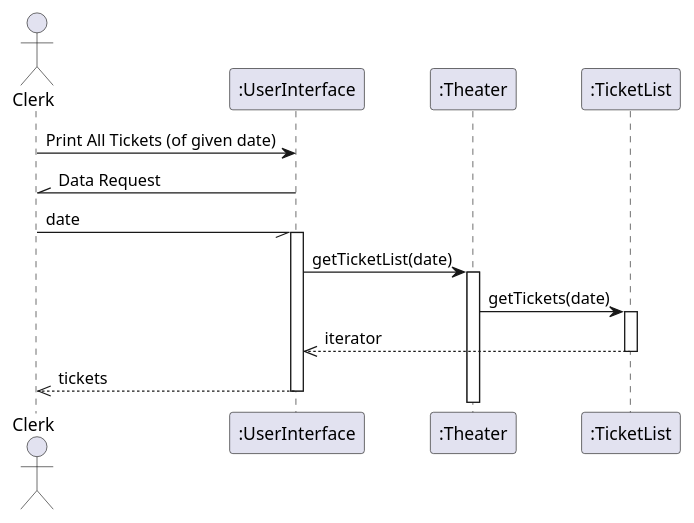
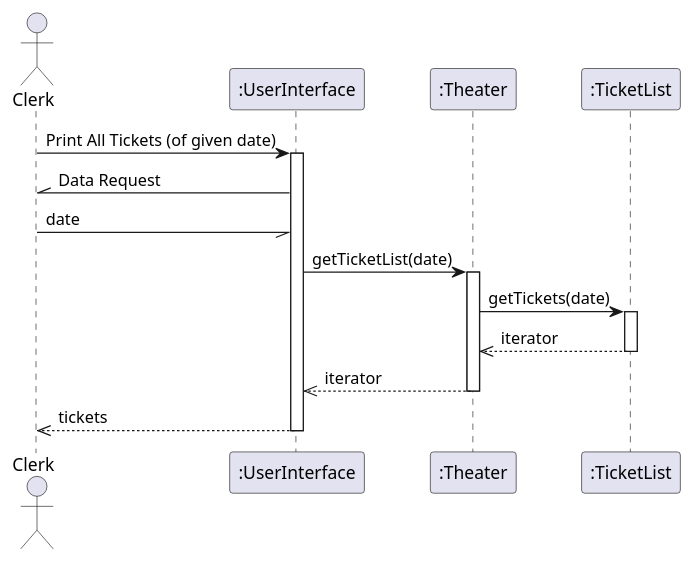
One commit to FreezeWarp/372Groupwork changed the diagram in src/SequenceDiagrams/PrintAllTickets.pu. Above: the diagram before and after it, drawn with PlantUML. The commit also changed 1 other file, not shown here.

Commit message:
Slight fixes to print tickets sequence diagram.

```diff
--- a/src/SequenceDiagrams/PrintAllTickets.pu
+++ b/src/SequenceDiagrams/PrintAllTickets.pu
@@ -1,17 +1,21 @@
 @startuml
 actor Clerk
 
 Clerk -> ":UserInterface" : Print All Tickets (of given date)
+activate ":UserInterface"
+
 Clerk //- ":UserInterface": Data Request
 Clerk -// ":UserInterface": date
-activate ":UserInterface"
 
 ":UserInterface" -> ":Theater" : getTicketList(date)
 activate ":Theater"
 ":Theater" -> ":TicketList" : getTickets(date)
 activate ":TicketList"
-":TicketList" -->> ":UserInterface": iterator
+":TicketList" -->> ":Theater": iterator
+deactivate ":TicketList"
+":Theater" -->> ":UserInterface": iterator
+deactivate ":Theater"
 deactivate ":TicketList"
 ":UserInterface" -->> Clerk: tickets
 deactivate ":UserInterface"
 @enduml
```
